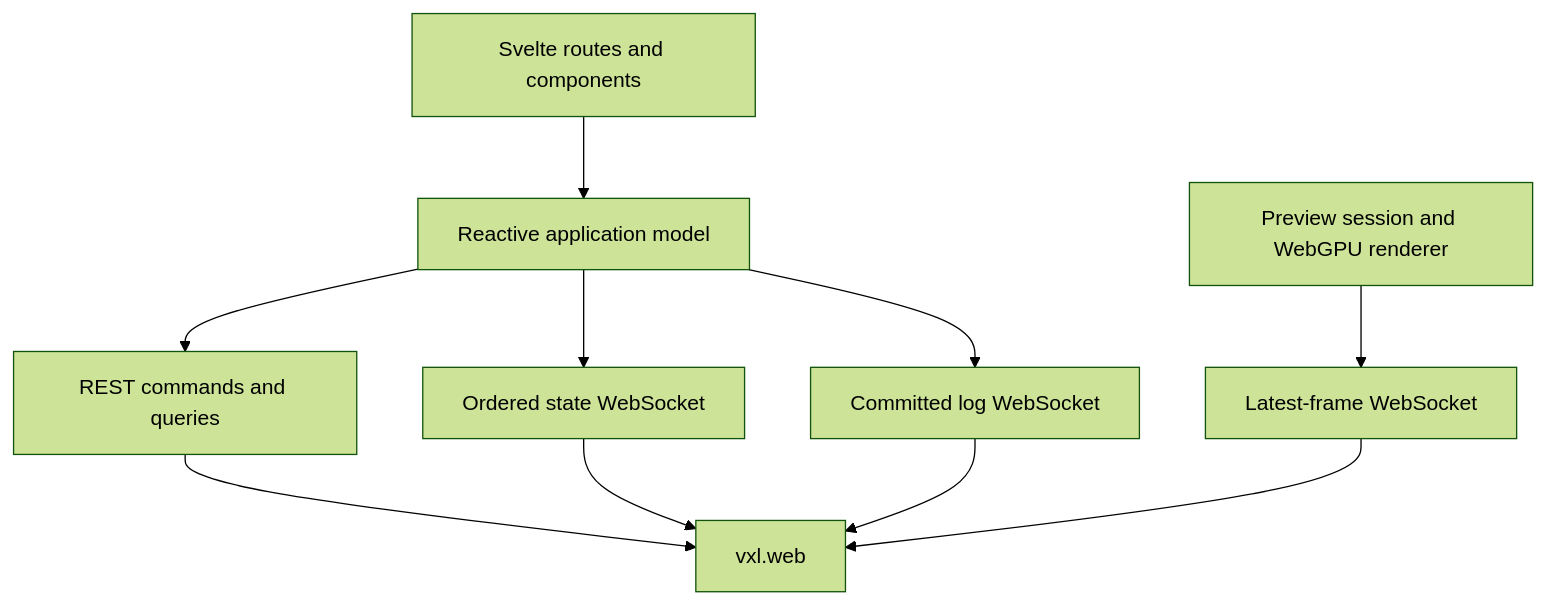
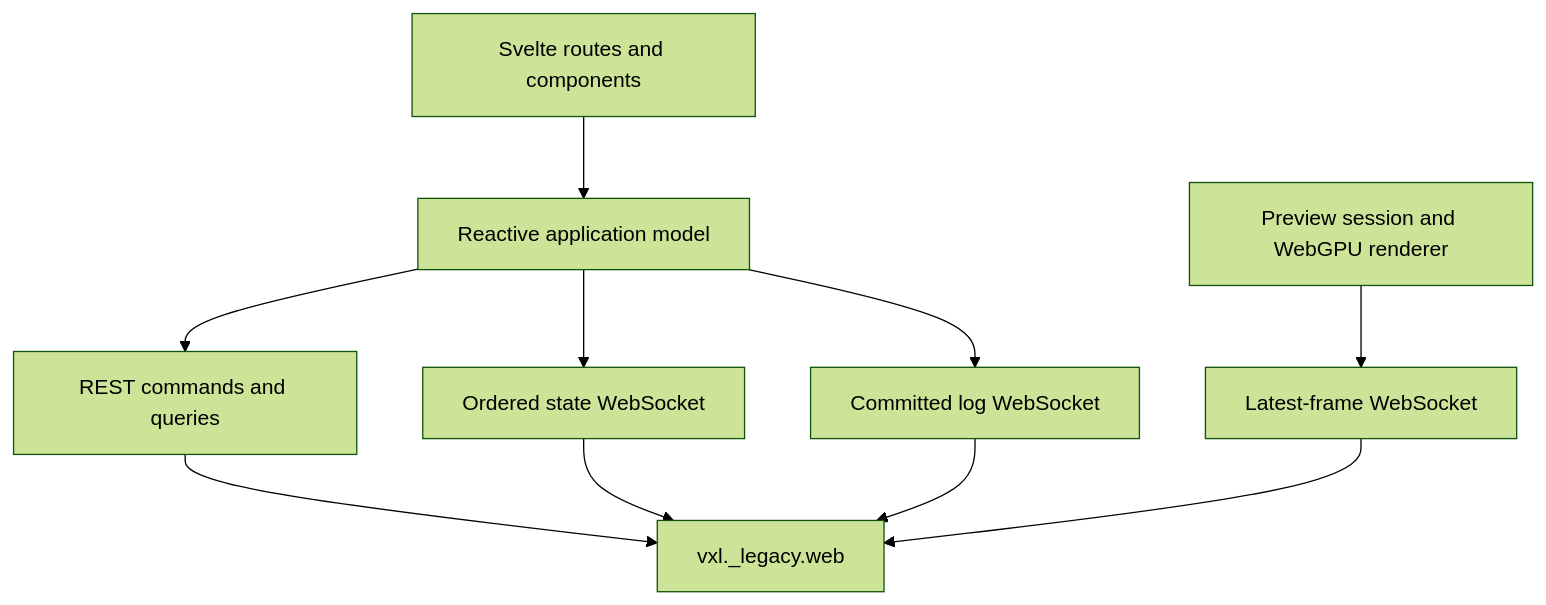
One commit to AllenNeuralDynamics/voxel changed the diagram in web/station/README.md. Above: the diagram before and after it, drawn with Mermaid (forest theme). The commit also changed other lines of this file and 235 other files, not shown here.

````diff
--- a/web/station/README.md
+++ b/web/station/README.md
@@ -17,12 +17,12 @@
 ```mermaid
 flowchart TD
     views["Svelte routes and components"] --> model["Reactive application model"]
     model --> rest["REST commands and queries"]
     model --> state["Ordered state WebSocket"]
     model --> logs["Committed log WebSocket"]
     preview["Preview session and WebGPU renderer"] --> frames["Latest-frame WebSocket"]
-    rest --> backend["vxl.web"]
+    rest --> backend["vxl._legacy.web"]
     state --> backend
     logs --> backend
     frames --> backend
 ```
````
